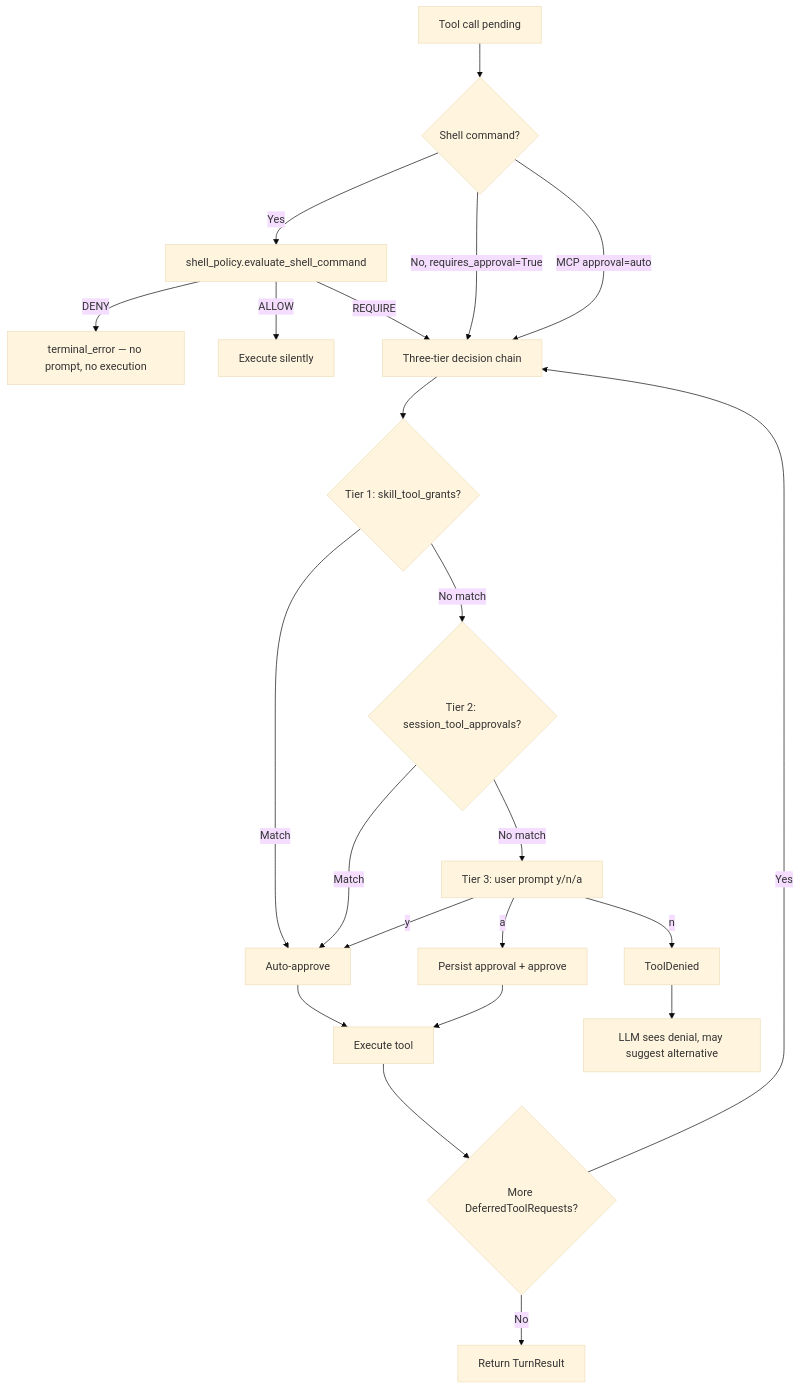
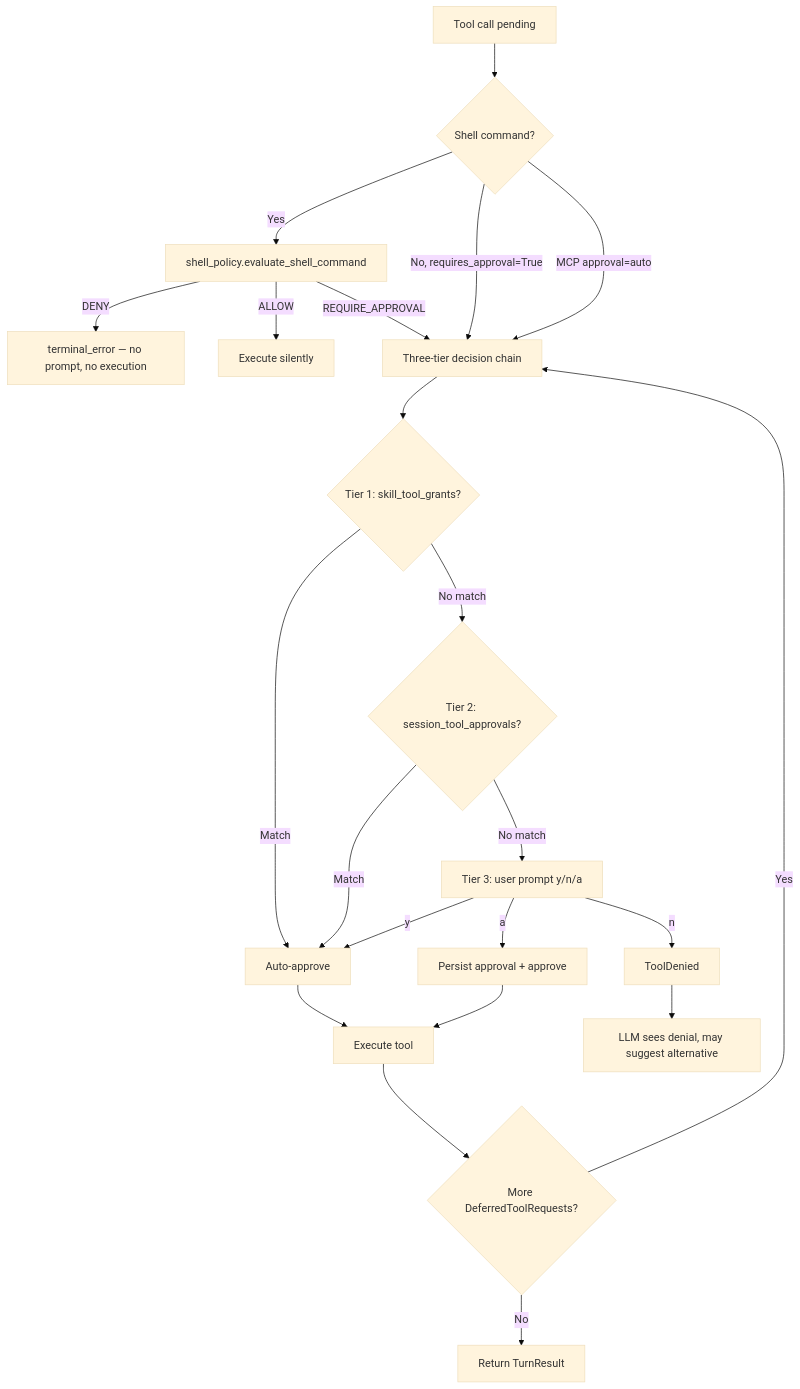
One commit to binlecode/co-cli changed the diagram in docs/DESIGN-flow-approval.md. Above: the diagram before and after it, drawn with Mermaid (base theme). The commit also changed other lines of this file and 21 other files, not shown here.

````diff
--- a/docs/DESIGN-flow-approval.md
+++ b/docs/DESIGN-flow-approval.md
@@ -5,24 +5,24 @@
 ```mermaid
 flowchart TD
     A[Tool call pending] --> B{Shell command?}
     B -->|Yes| C[shell_policy.evaluate_shell_command]
     C -->|DENY| D[terminal_error — no prompt, no execution]
     C -->|ALLOW| E[Execute silently]
-    C -->|REQUIRE| F[Three-tier decision chain]
+    C -->|REQUIRE_APPROVAL| F[Three-tier decision chain]
     B -->|No, requires_approval=True| F
     B -->|MCP approval=auto| F
     F --> G{Tier 1: skill_tool_grants?}
     G -->|Match| H[Auto-approve]
     G -->|No match| I{Tier 2: session_tool_approvals?}
     I -->|Match| H
     I -->|No match| L[Tier 3: user prompt y/n/a]
     L -->|y| H
     L -->|a| M[Persist approval + approve]
     L -->|n| N[ToolDenied]
     H --> O[Execute tool]
     M --> O
     N --> P[LLM sees denial, may suggest alternative]
     O --> Q{More DeferredToolRequests?}
     Q -->|Yes| F
     Q -->|No| R[Return TurnResult]
 ```
````
